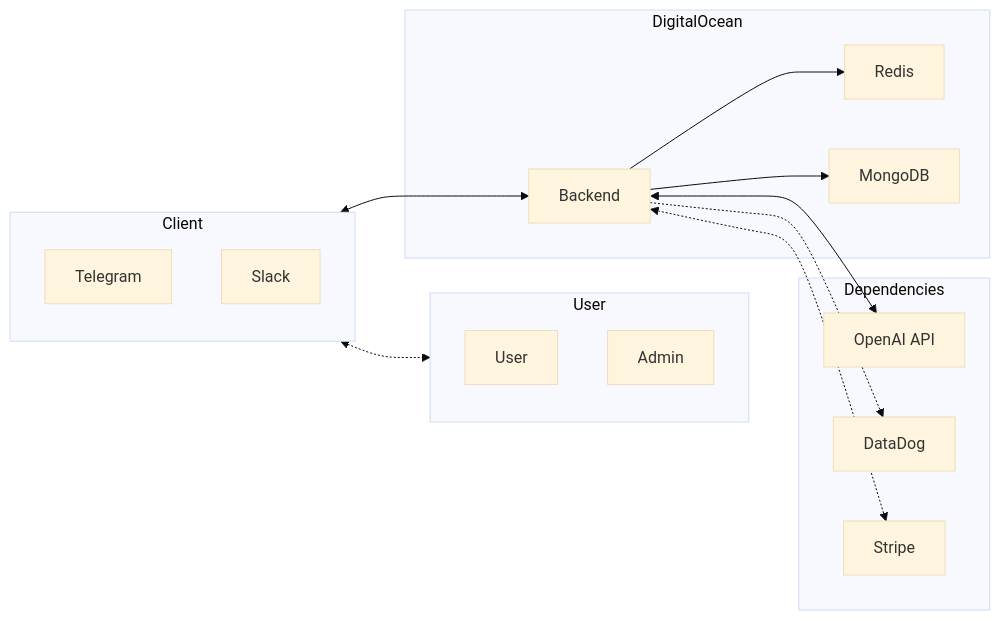
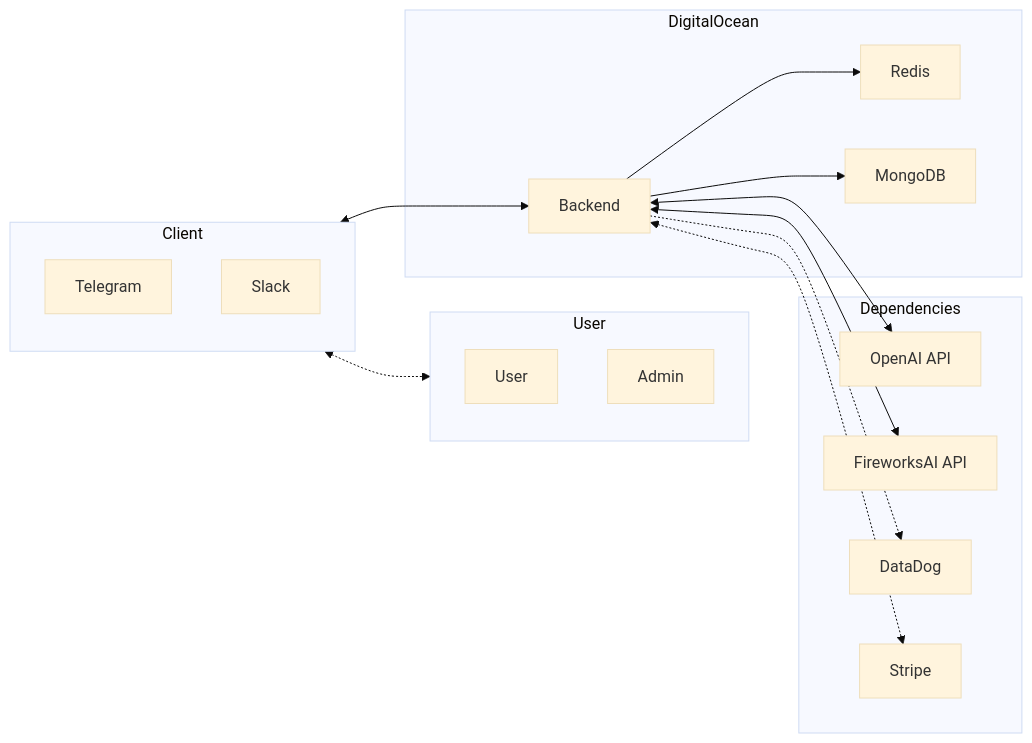
Before and after one commit to radiantspace/talk2robots: the diagram in README.md, drawn with Mermaid (base theme). The commit also changed other lines of this file and 28 other files, not shown here.

````diff
--- a/README.md
+++ b/README.md
@@ -109,32 +109,34 @@
 ```mermaid
 graph LR
     subgraph "User"
     O[User]
     X[Admin]
     end
 
     subgraph "Client"
     T[Telegram]
     S[Slack]
     end
 
     Client <-.-> User
     Client <--> A[Backend]
 
     subgraph "DigitalOcean"
     A[Backend] --> F[Redis]
     A[Backend] --> B[MongoDB]
     end
 
     subgraph "Dependencies"
     D[OpenAI API]
+    E[FireworksAI API]
     P[DataDog]
     N[Stripe]
     end
 
     A[Backend] <--> D[OpenAI API]
+    A[Backend] <--> E[FireworksAI API]
     A[Backend] -.-> P[DataDog] 
     A[Backend] <-.-> N[Stripe]
 
 
 ```
````
